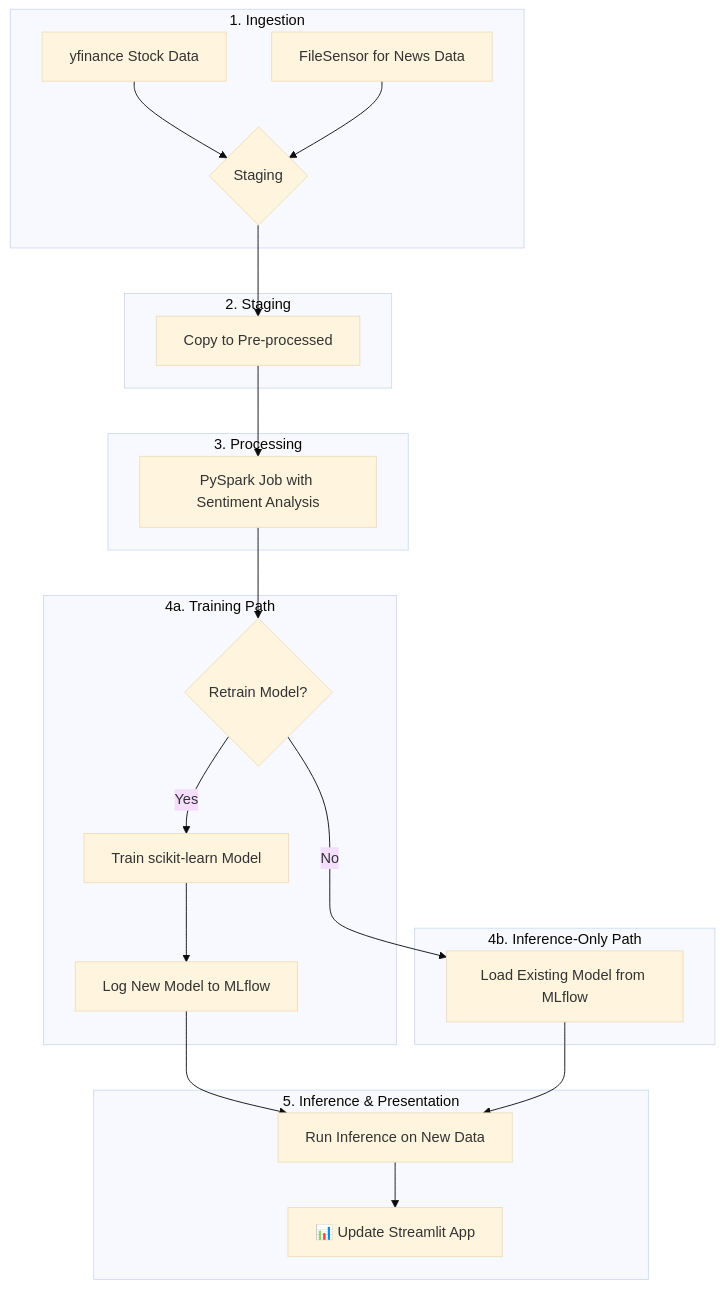
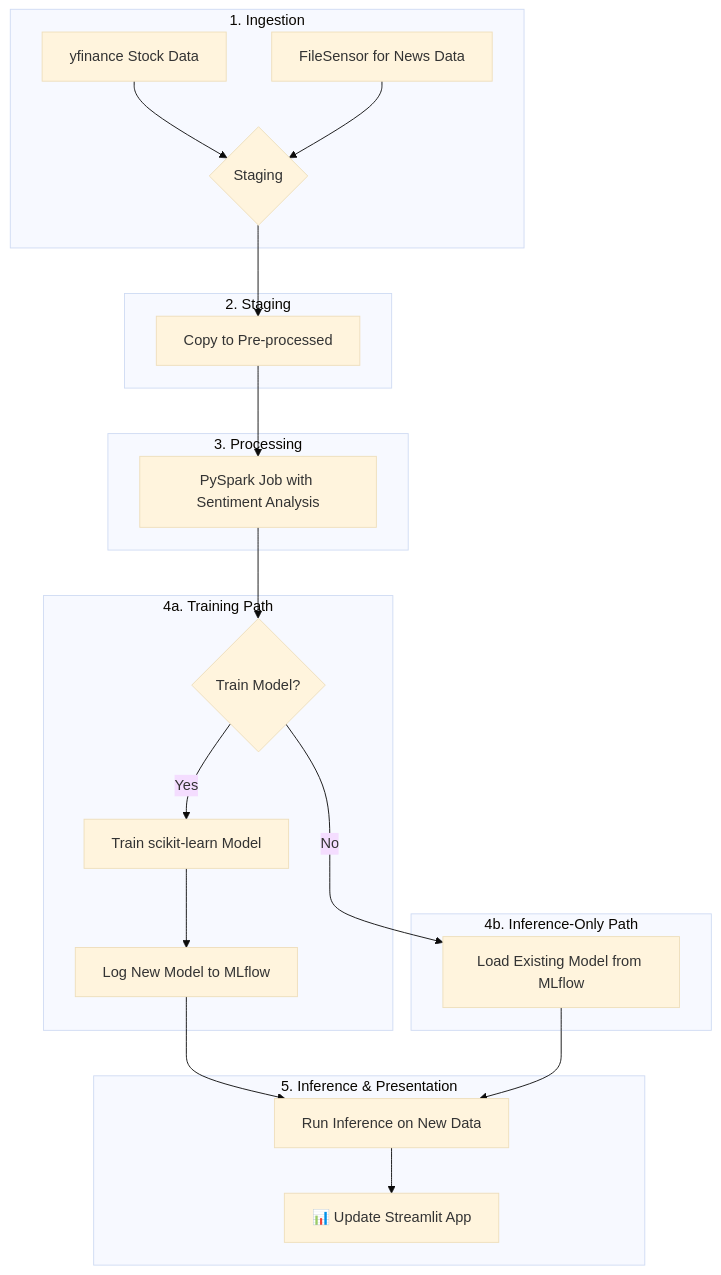
Before and after one commit to asupraja3/nlp-finance-forecast: the diagram in README.md, drawn with Mermaid (base theme).

Commit message:
Change decision point from 'Retrain' to 'Train' model

````diff
--- a/README.md
+++ b/README.md
@@ -9,34 +9,34 @@
 ```mermaid
 graph TD
     subgraph "1. Ingestion"
         A[yfinance Stock Data] --> C{Staging};
         B[FileSensor for News Data] --> C;
     end
 
     subgraph "2. Staging"
         C --> D[Copy to Pre-processed];
     end
 
     subgraph "3. Processing"
         D --> E[PySpark Job with Sentiment Analysis];
     end
 
     %% --- The Decision Point ---
-    E --> I{Retrain Model?};
+    E --> I{Train Model?};
 
     subgraph "4a. Training Path"
         I -- Yes --> G[Train scikit-learn Model];
         G --> H[Log New Model to MLflow];
     end
 
     subgraph "4b. Inference-Only Path"
         I -- No --> J[Load Existing Model from MLflow];
     end
 
     subgraph "5. Inference & Presentation"
         %% Both paths lead to the inference task, which then updates the dashboard
         H --> K[Run Inference on New Data];
         J --> K;
         K --> L[📊 Update Streamlit App];
     end
 ```
````
